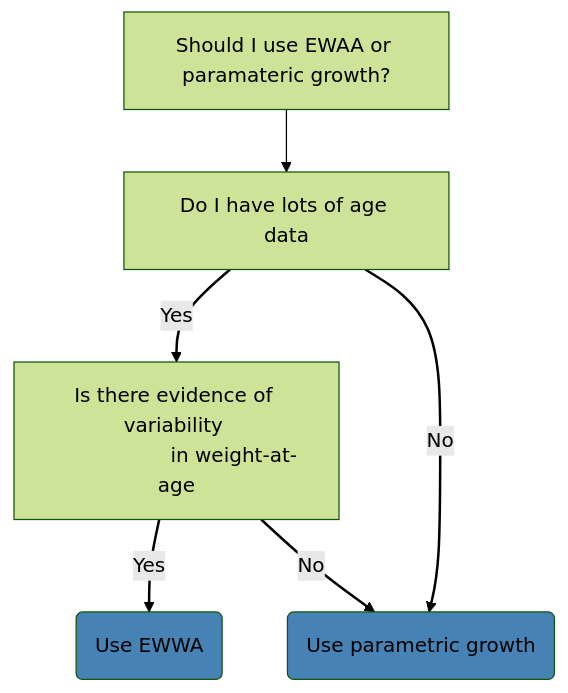
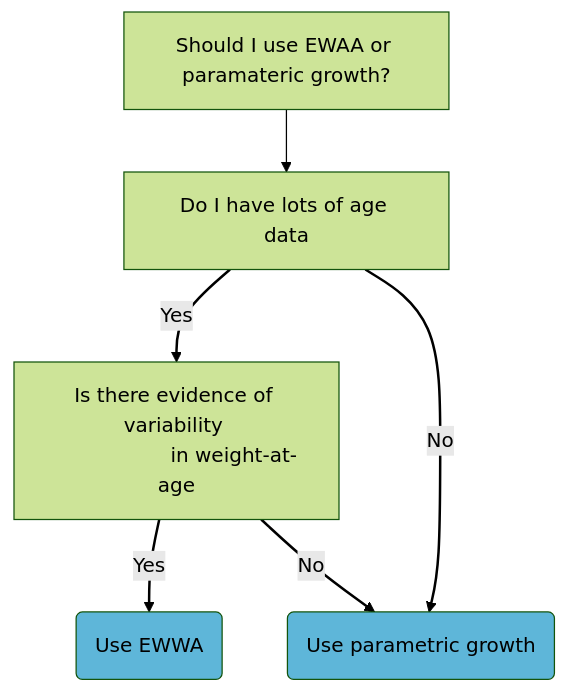
One commit to nmfs-ost/ss3-website changed the third of 6 diagrams in website/qmds/ss3_setup_decisions.qmd. Above: the diagram before and after it, drawn with Mermaid (forest theme). The commit also changed other lines of this file and 2 other files, not shown here.

````diff
--- a/website/qmds/ss3_setup_decisions.qmd
+++ b/website/qmds/ss3_setup_decisions.qmd
@@ -40,12 +40,12 @@
 ```{mermaid}
 flowchart TB
     A["Should I use EWAA or paramateric growth?"] --> B["Do I have lots of age data"]
     B -- Yes --> C["Is there evidence of variability 
                   in weight-at-age"]
     C -- Yes --> D("Use EWWA")
     B -- No --> E("Use parametric growth")
     C -- No --> E
     linkStyle 1,2,3,4 stroke-width:2px,color:black
-    style D fill:steelblue
-    style E fill:steelblue
+    style D fill:#5EB6D9
+    style E fill:#5EB6D9
 ```
````
